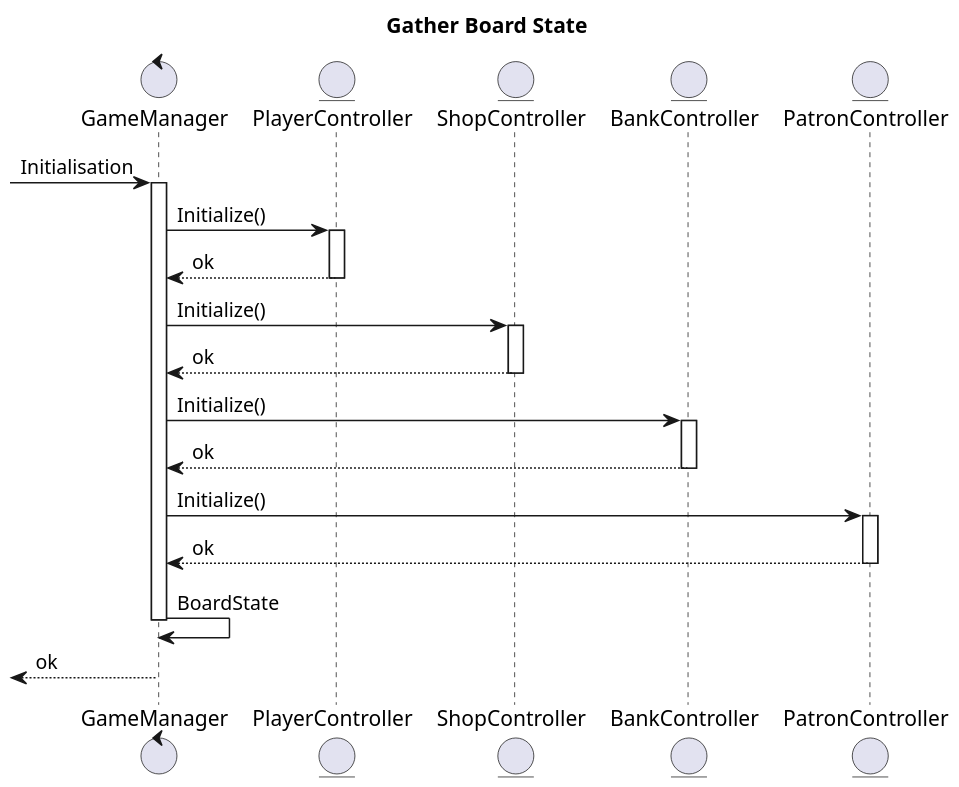
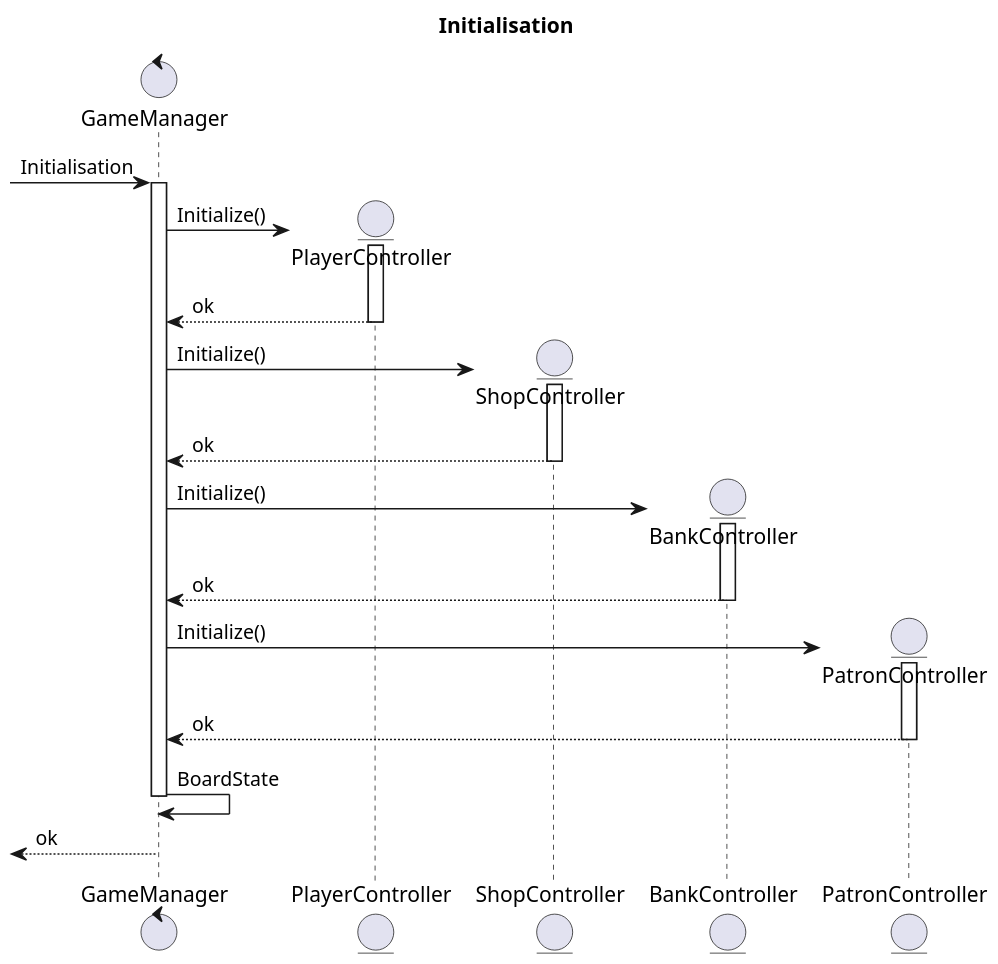
One commit to kalharko/splendia changed the diagram in Technical Specifications/Sequence Diagrams/Initialisation.puml. Above: the diagram before and after it, drawn with PlantUML. The commit also changed 1 other file, not shown here.

```diff
--- a/Technical Specifications/Sequence Diagrams/Initialisation.puml
+++ b/Technical Specifications/Sequence Diagrams/Initialisation.puml
@@ -1,42 +1,42 @@
 @startuml Sequence Diagram
-title Gather Board State
+title Initialisation
 scale 1.5
 
 control GameManager
 entity PlayerController
 entity ShopController
 entity BankController
 entity PatronController
 
 
 [-> GameManager : Initialisation
 activate GameManager
 
-GameManager -> PlayerController : Initialize()
+GameManager -> PlayerController**: Initialize()
 activate PlayerController
 GameManager <-- PlayerController : ok
 deactivate PlayerController
 
-GameManager -> ShopController : Initialize()
+GameManager -> ShopController**: Initialize()
 activate ShopController
 GameManager <-- ShopController : ok
 deactivate ShopController
 
-GameManager -> BankController : Initialize()
+GameManager -> BankController**: Initialize()
 activate BankController
 GameManager <-- BankController : ok
 deactivate BankController
 
-GameManager -> PatronController : Initialize()
+GameManager -> PatronController**: Initialize()
 activate PatronController
 GameManager <-- PatronController : ok
 deactivate PatronController
 
 
 GameManager -> GameManager : BoardState
 deactivate GameManager
 [<-- GameManager : ok
 deactivate GameManager
 
 
 @enduml
```
